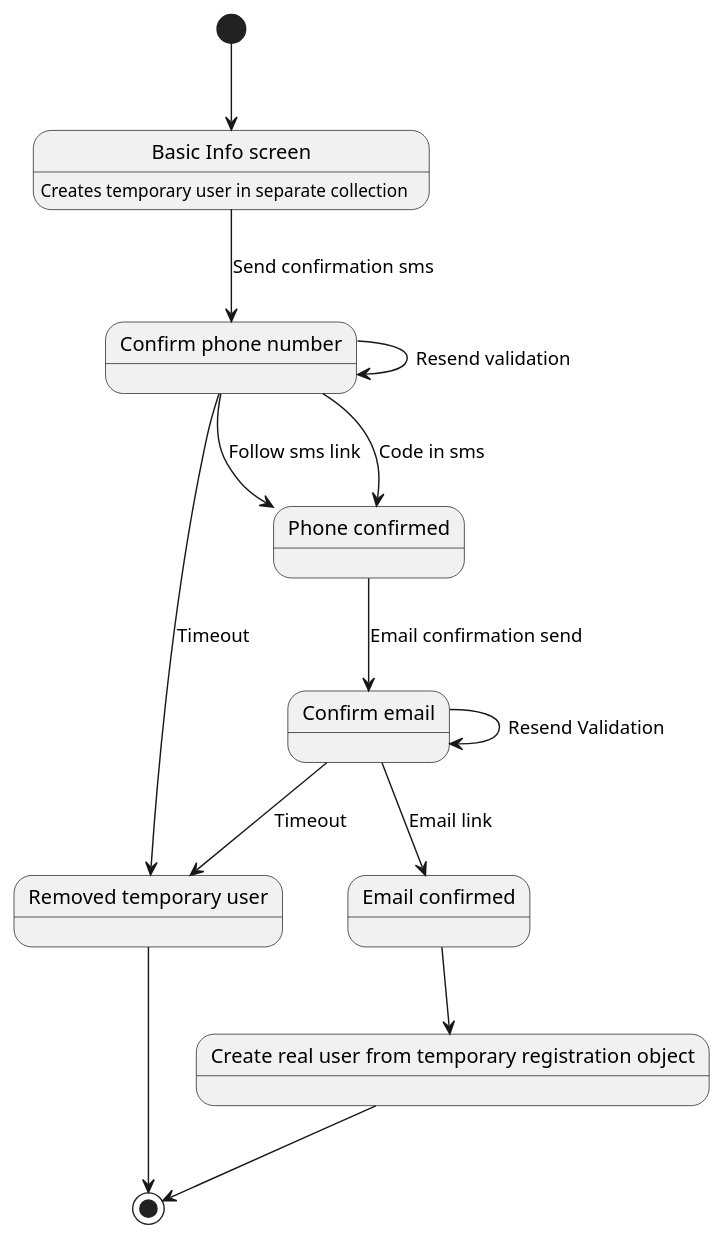
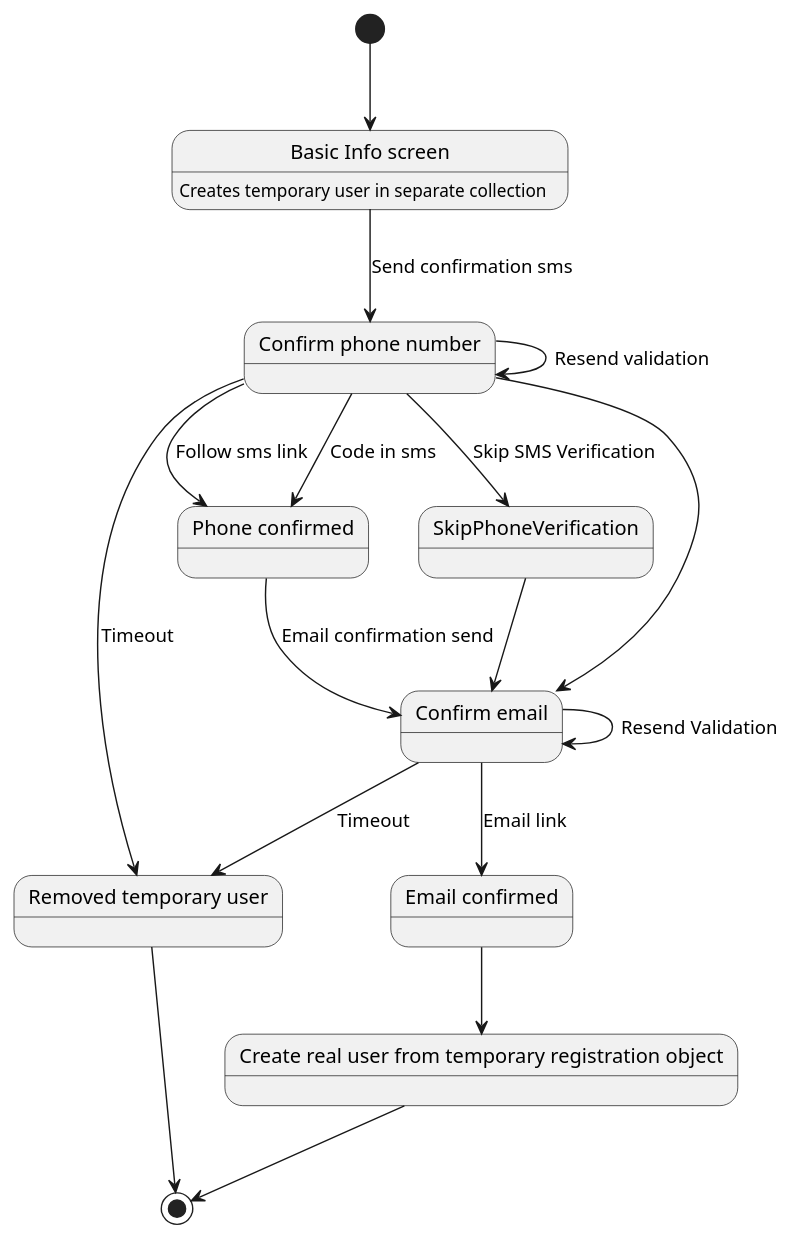
One commit to itsyouonline/identityserver changed the diagram in docs/registration/current_flow.wsd. Above: the diagram before and after it, drawn with PlantUML. The commit also changed 5 other files, not shown here.

```diff
--- a/docs/registration/current_flow.wsd
+++ b/docs/registration/current_flow.wsd
@@ -1,30 +1,32 @@
 @startuml current_registration_flow
 
 [*] --> BasicInfo
 state "Basic Info screen" as BasicInfo: Creates temporary user in separate collection
 
 BasicInfo --> ConfirmPhone: Send confirmation sms
 state "Confirm phone number" as ConfirmPhone
 
 ConfirmPhone -> ConfirmPhone: Resend validation
 ConfirmPhone --> Timeout: Timeout
 ConfirmPhone --> PhoneConfirmed: Follow sms link
 ConfirmPhone --> PhoneConfirmed: Code in sms
-
+ConfirmPhone --> ConfirmEmail
+ConfirmPhone --> SkipPhoneVerification: Skip SMS Verification
+SkipPhoneVerification --> ConfirmEmail
 state "Phone confirmed" as PhoneConfirmed
 PhoneConfirmed --> ConfirmEmail: Email confirmation send
 
 state "Confirm email" as ConfirmEmail
 ConfirmEmail -> ConfirmEmail: Resend Validation
 ConfirmEmail --> Timeout: Timeout
 ConfirmEmail --> EmailConfirmed: Email link
 
 state "Email confirmed" as EmailConfirmed
 EmailConfirmed --> CreateUser
 
 state "Create real user from temporary registration object" as CreateUser
 CreateUser --> [*]
 
 state "Removed temporary user" as Timeout
 Timeout --> [*]
 @enduml
```
